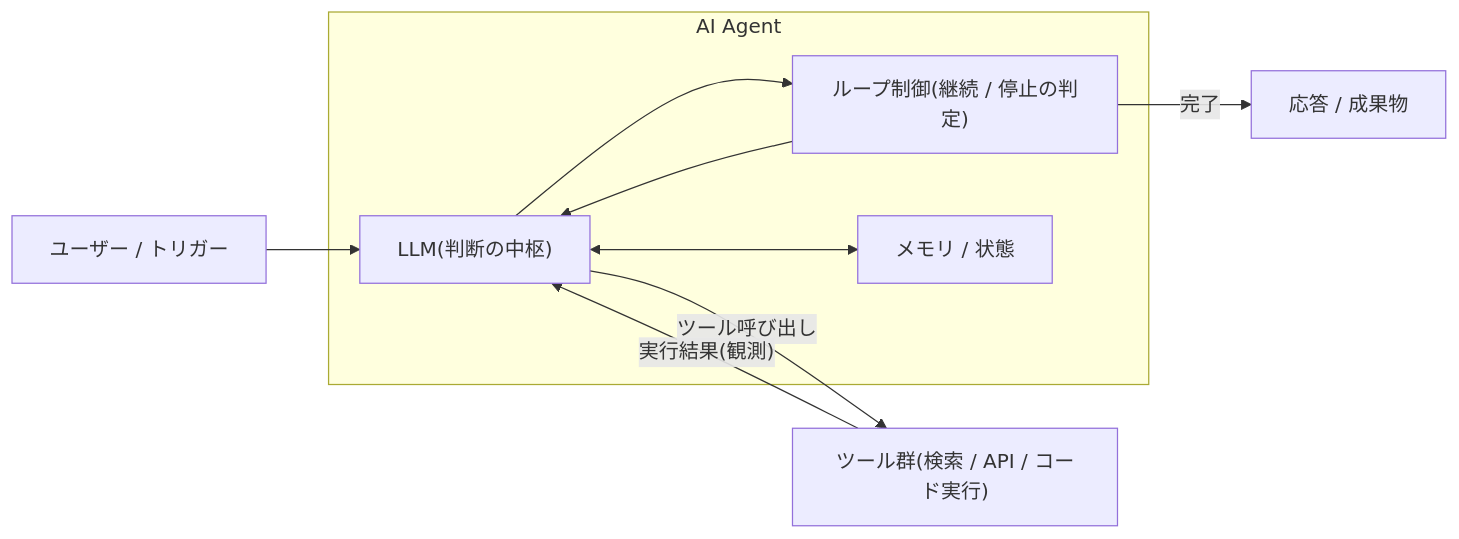
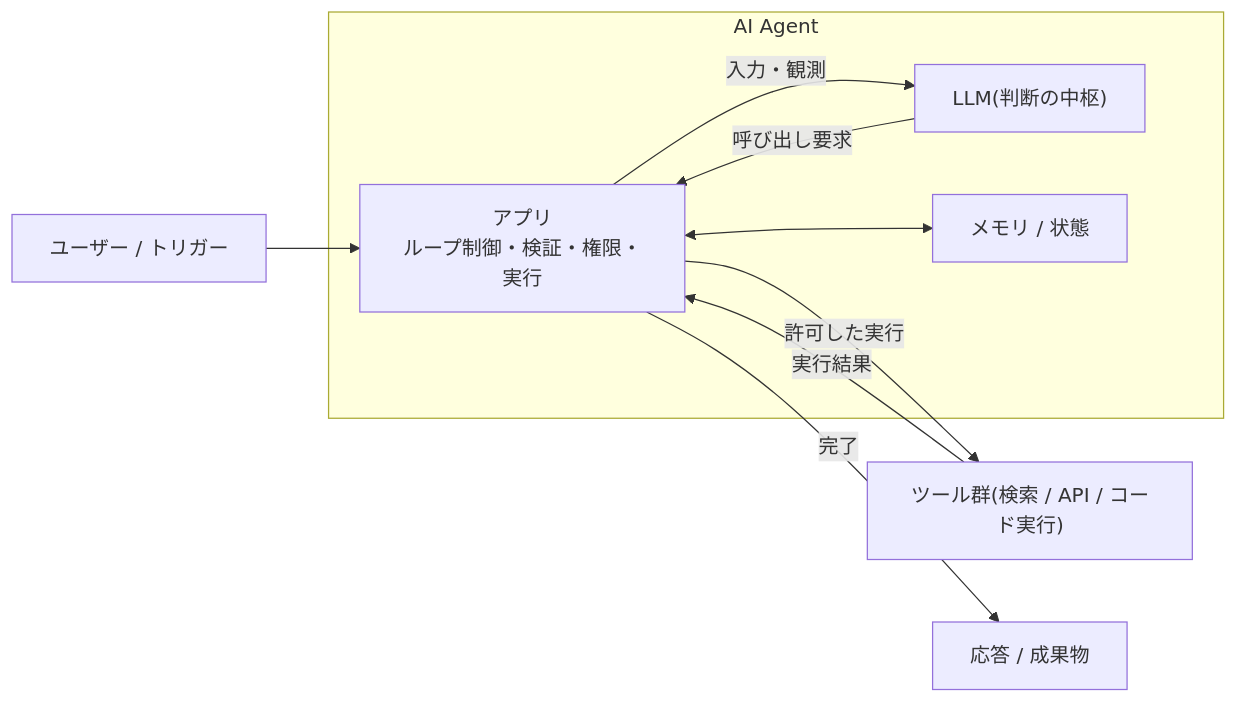
Before and after one commit to pero3dev/ai-agent-library: the diagram in docs/01-concepts/what-is-an-ai-agent.md, drawn with Mermaid. The commit also changed other lines of this file and 278 other files, not shown here.

````diff
--- a/docs/01-concepts/what-is-an-ai-agent.md
+++ b/docs/01-concepts/what-is-an-ai-agent.md
@@ -40,15 +40,15 @@
 ```mermaid
 flowchart LR
-    U["ユーザー / トリガー"] --> LLM
+    U["ユーザー / トリガー"] --> APP
     subgraph Agent["AI Agent"]
         LLM["LLM(判断の中枢)"]
-        LOOP["ループ制御(継続 / 停止の判定)"]
+        APP["アプリ<br>ループ制御・検証・権限・実行"]
         MEM["メモリ / 状態"]
-        LLM --> LOOP
-        LOOP --> LLM
-        LLM <--> MEM
+        LLM -- "呼び出し要求" --> APP
+        APP -- "入力・観測" --> LLM
+        APP <--> MEM
     end
-    LLM -- "ツール呼び出し" --> T["ツール群(検索 / API / コード実行)"]
-    T -- "実行結果(観測)" --> LLM
-    LOOP -- "完了" --> R["応答 / 成果物"]
+    APP -- "許可した実行" --> T["ツール群(検索 / API / コード実行)"]
+    T -- "実行結果" --> APP
+    APP -- "完了" --> R["応答 / 成果物"]
 ```
````
